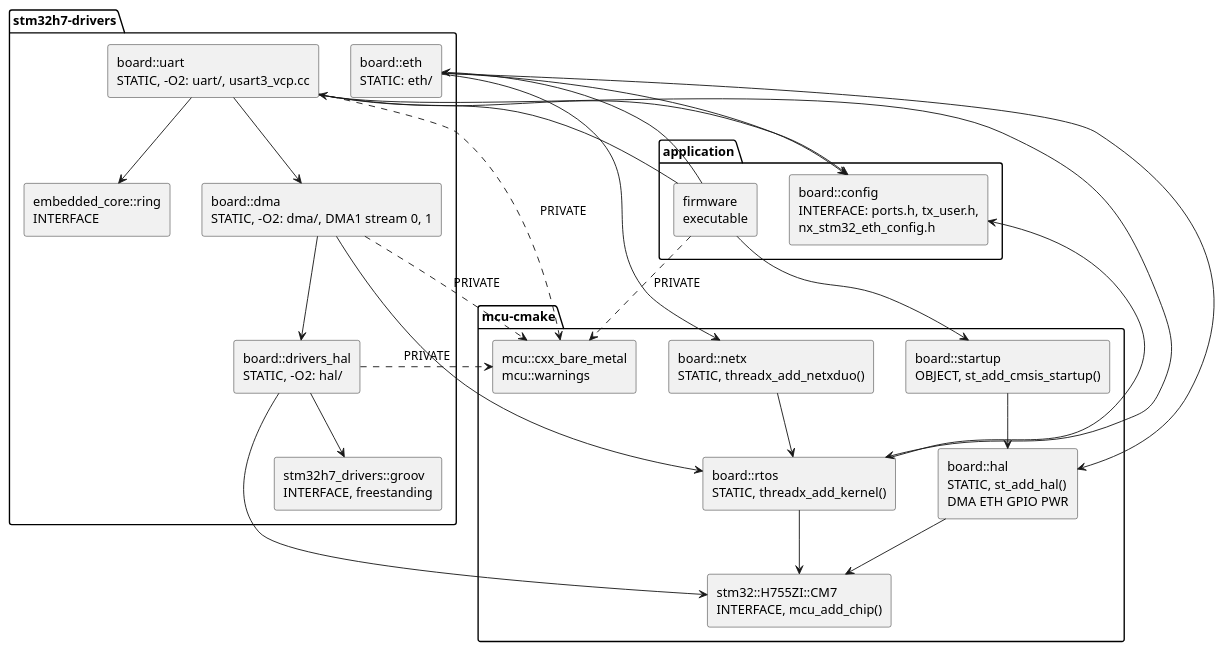
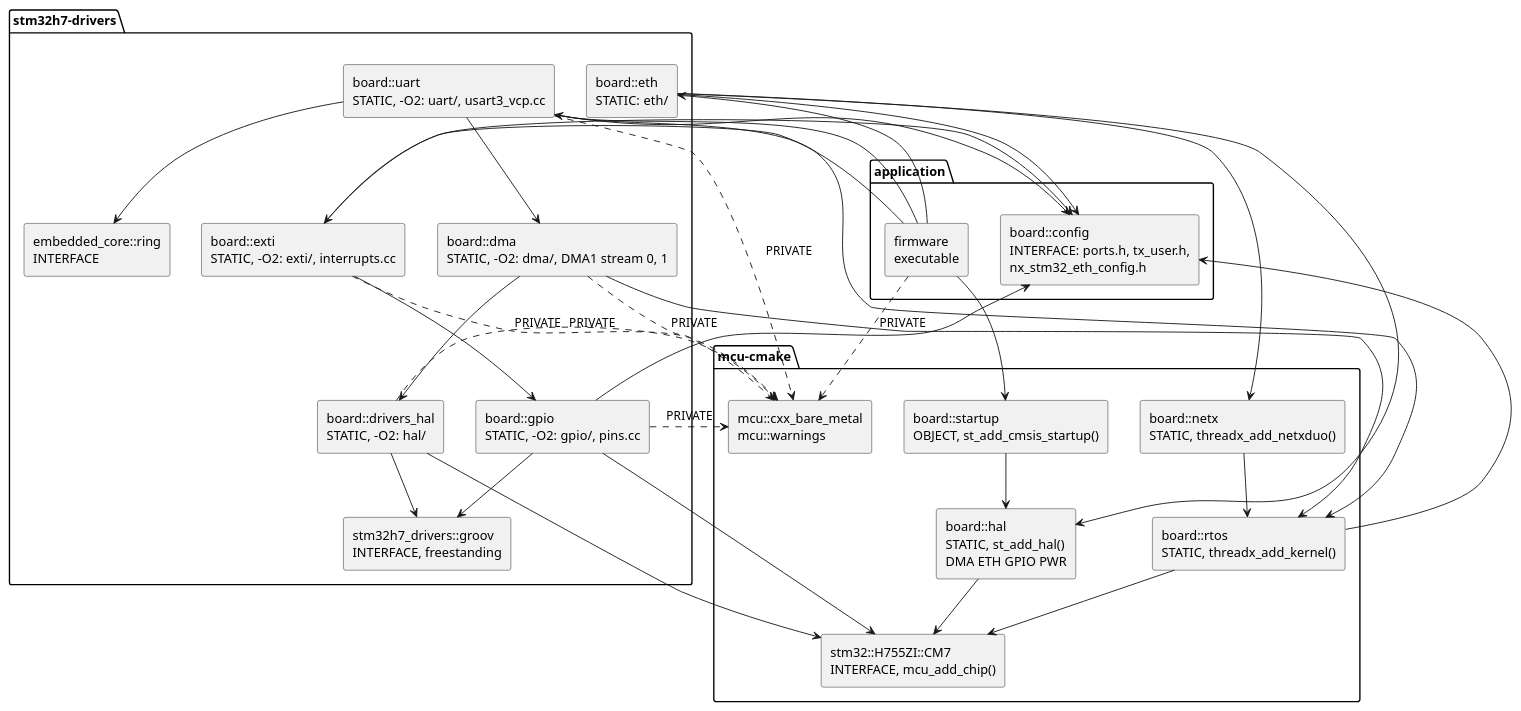
The diagram in docs/mcu_cmake_targets.puml (ertekinsener/stm32h7-drivers), drawn with PlantUML before and after one commit. The commit also changed 50 other files, not shown here.

```diff
--- a/docs/mcu_cmake_targets.puml
+++ b/docs/mcu_cmake_targets.puml
@@ -1,60 +1,70 @@
 @startuml mcu_cmake_targets
 ' CMake targets of examples/h755zi-mcu-cmake: stm32h7-drivers libraries
 ' (cmake/stm32h7_drivers.cmake) on top of the mcu-cmake targets. Arrows are
 ' PUBLIC links unless labelled. -O2: groov code, built with -O2 in every
 ' configuration.
 
 skinparam componentStyle rectangle
 skinparam shadowing false
 
 package "mcu-cmake" {
   [stm32::H755ZI::CM7\nINTERFACE, mcu_add_chip()] as chip
   [board::hal\nSTATIC, st_add_hal()\nDMA ETH GPIO PWR] as st_hal
   [board::startup\nOBJECT, st_add_cmsis_startup()] as startup
   [board::rtos\nSTATIC, threadx_add_kernel()] as rtos
   [board::netx\nSTATIC, threadx_add_netxduo()] as netx
   [mcu::cxx_bare_metal\nmcu::warnings] as support
 }
 
 package "stm32h7-drivers" {
   [stm32h7_drivers::groov\nINTERFACE, freestanding] as groov
   [embedded_core::ring\nINTERFACE] as ring
   [board::drivers_hal\nSTATIC, -O2: hal/] as drv_hal
+  [board::gpio\nSTATIC, -O2: gpio/, pins.cc] as gpio
+  [board::exti\nSTATIC, -O2: exti/, interrupts.cc] as exti
   [board::dma\nSTATIC, -O2: dma/, DMA1 stream 0, 1] as dma
   [board::uart\nSTATIC, -O2: uart/, usart3_vcp.cc] as uart
   [board::eth\nSTATIC: eth/] as eth
 }
 
 package "application" {
   [board::config\nINTERFACE: ports.h, tx_user.h,\nnx_stm32_eth_config.h] as config
   [firmware\nexecutable] as firmware
 }
 
 st_hal --> chip
 startup --> st_hal
 rtos --> chip
 rtos --> config
 netx --> rtos
 
 drv_hal --> chip
 drv_hal --> groov
+gpio --> chip
+gpio --> groov
+gpio --> config
+exti --> gpio
+exti --> config
 dma --> drv_hal
 dma --> rtos
 uart --> dma
 uart --> ring
 uart --> config
 uart --> rtos
 eth --> st_hal
 eth --> netx
 eth --> config
 
 drv_hal ..> support : PRIVATE
+gpio ..> support : PRIVATE
+exti ..> support : PRIVATE
 dma ..> support : PRIVATE
 uart ..> support : PRIVATE
 
 firmware --> startup
 firmware --> uart
+firmware --> exti
 firmware --> eth
 firmware ..> support : PRIVATE
 
 @enduml
```
